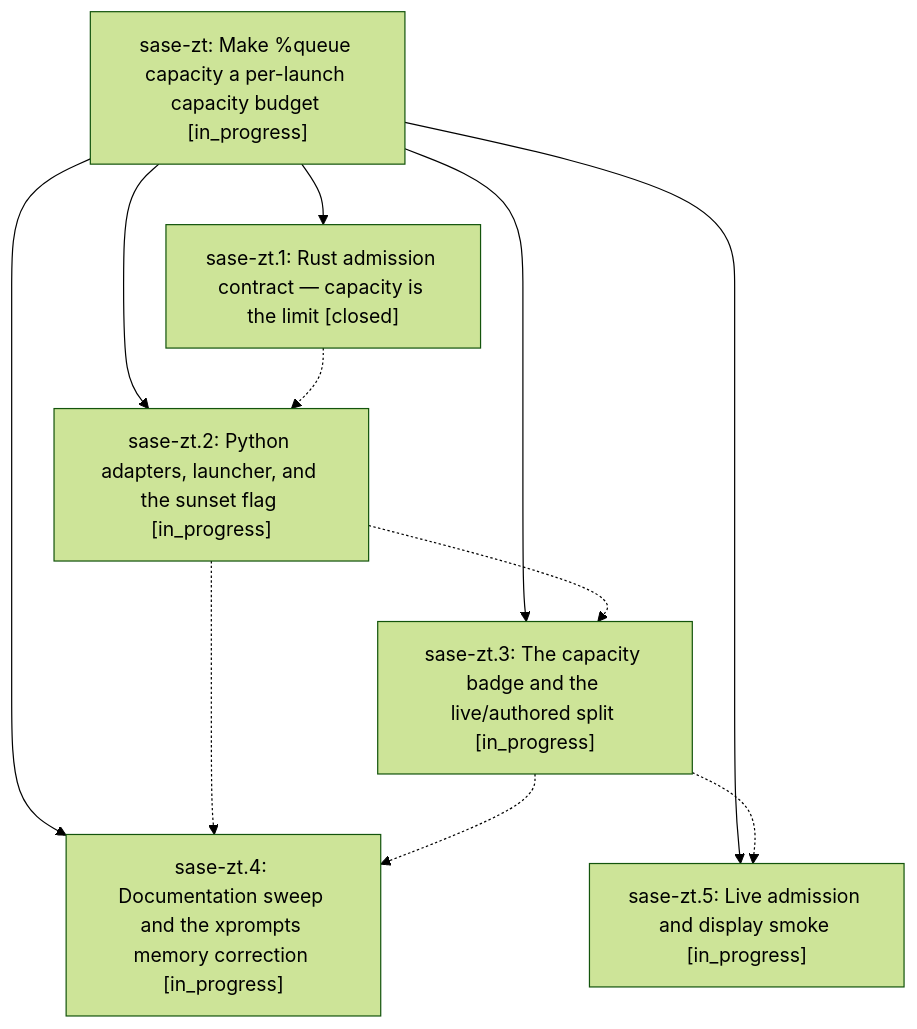
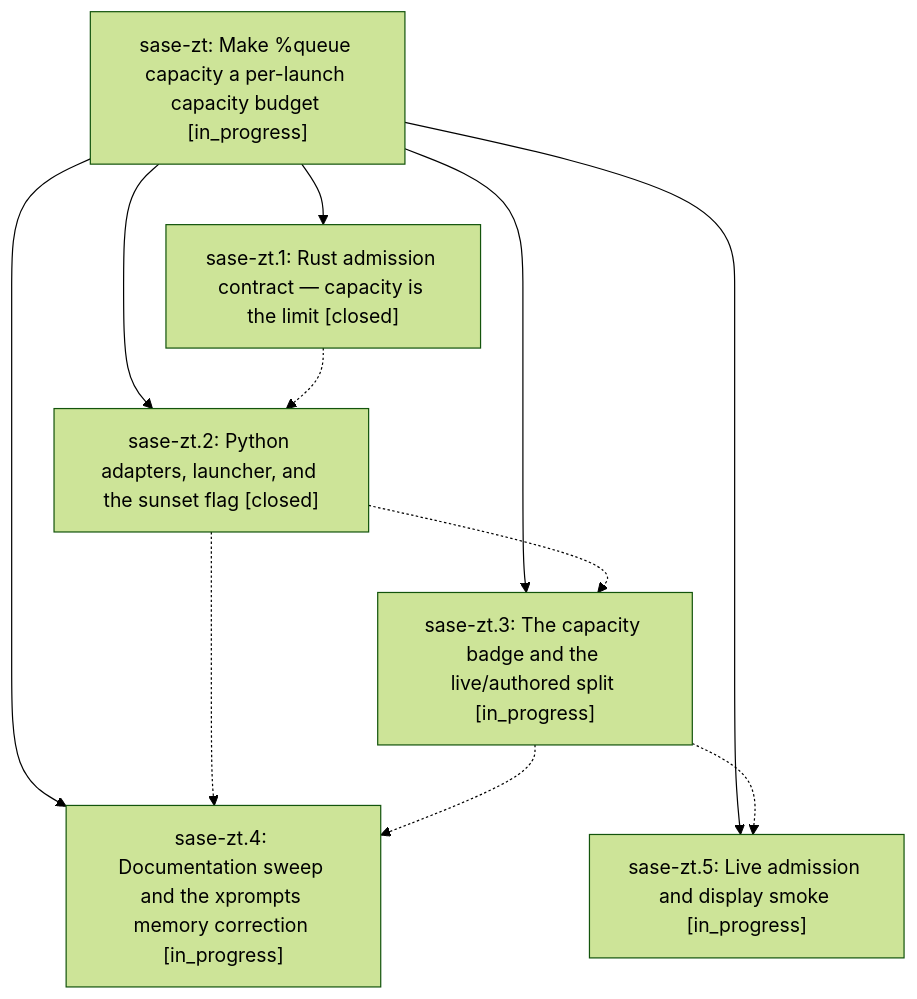
One commit to sase-org/sase--beads changed the diagram in pages/sase-zt/README.md. Above: the diagram before and after it, drawn with Mermaid (forest theme). The commit also changed other lines of this file and 4 other files, not shown here.

````diff
--- a/pages/sase-zt/README.md
+++ b/pages/sase-zt/README.md
@@ -26,19 +30,19 @@
 ```mermaid
 flowchart TD
     n0["sase-zt: Make %queue capacity a per-launch capacity budget [in_progress]"]
     n1["sase-zt.1: Rust admission contract — capacity is the limit [closed]"]
-    n2["sase-zt.2: Python adapters, launcher, and the sunset flag [in_progress]"]
+    n2["sase-zt.2: Python adapters, launcher, and the sunset flag [closed]"]
     n3["sase-zt.3: The capacity badge and the live/authored split [in_progress]"]
     n4["sase-zt.4: Documentation sweep and the xprompts memory correction [in_progress]"]
     n5["sase-zt.5: Live admission and display smoke [in_progress]"]
     n0 --> n1
     n0 --> n2
     n0 --> n3
     n0 --> n4
     n0 --> n5
     n1 -.-> n2
     n2 -.-> n3
     n2 -.-> n4
     n3 -.-> n4
     n3 -.-> n5
 ```
````
